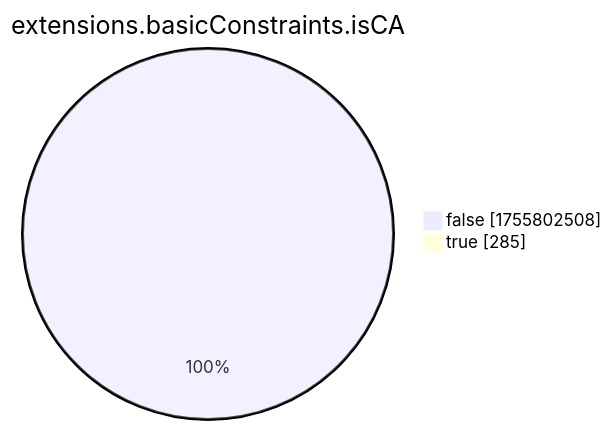
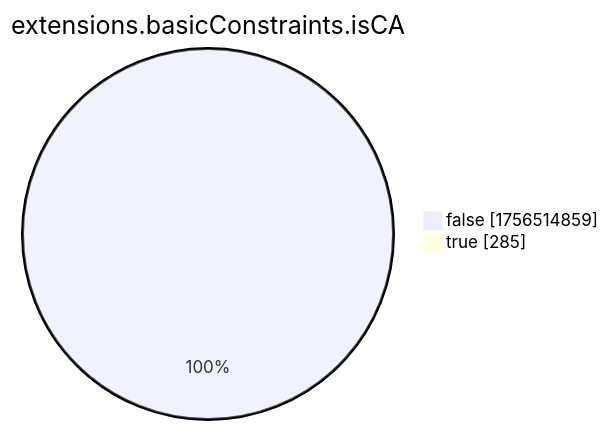
One commit to christiankrug/ctmonitor_visualization changed the eighth of 15 diagrams in xenon2022/README.md. Above: the diagram before and after it, drawn with Mermaid. The commit also changed other lines of this file, not shown here.

````diff
--- a/xenon2022/README.md
+++ b/xenon2022/README.md
@@ -2868,6 +2868,6 @@
 ```mermaid
 pie showData
 title extensions.basicConstraints.isCA
-"false" :1755802508
+"false" :1756514859
 "true" :285
 ```
````
